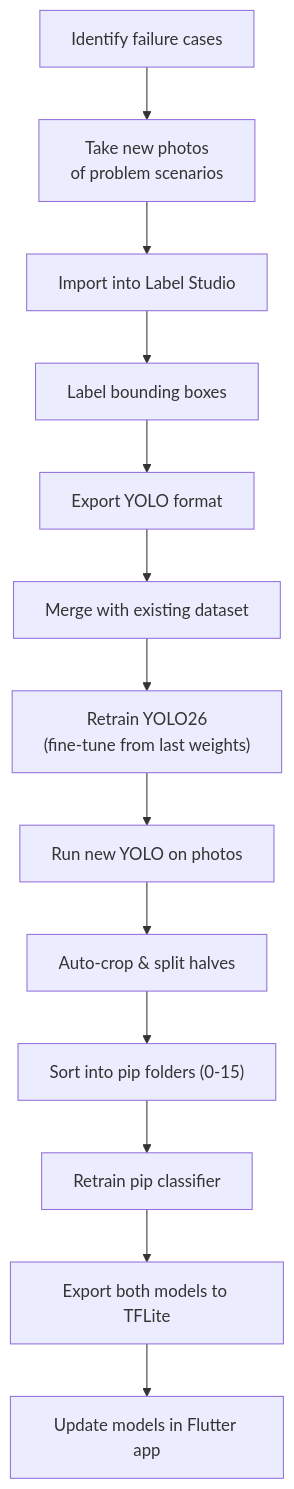
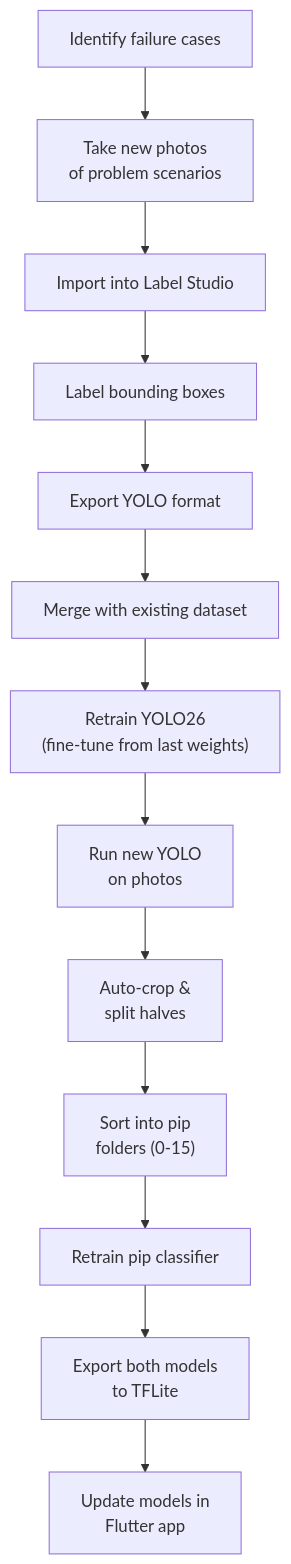
One commit to chrisstayte/DominoesCalculator changed the fourth of 4 diagrams in machine_learning/docs/ml-pipeline.md. Above: the diagram before and after it, drawn with Mermaid. The commit also changed other lines of this file, not shown here.

First line of the commit message:
Format Mermaid diagrams with HTML line breaks

````diff
--- a/machine_learning/docs/ml-pipeline.md
+++ b/machine_learning/docs/ml-pipeline.md
@@ -403,15 +403,15 @@
 ```mermaid
 flowchart TD
-    A["Identify failure cases"] --> B["Take new photos\nof problem scenarios"]
+    A["Identify failure cases"] --> B["Take new photos<br/>of problem scenarios"]
     B --> C["Import into Label Studio"]
     C --> D["Label bounding boxes"]
     D --> E["Export YOLO format"]
     E --> F["Merge with existing dataset"]
-    F --> G["Retrain YOLO26\n(fine-tune from last weights)"]
-    G --> H["Run new YOLO on photos"]
-    H --> I["Auto-crop & split halves"]
-    I --> J["Sort into pip folders (0-15)"]
+    F --> G["Retrain YOLO26<br/>(fine-tune from last weights)"]
+    G --> H["Run new YOLO<br/>on photos"]
+    H --> I["Auto-crop &<br/>split halves"]
+    I --> J["Sort into pip<br/>folders (0-15)"]
     J --> K["Retrain pip classifier"]
-    K --> L["Export both models to TFLite"]
-    L --> M["Update models in Flutter app"]
+    K --> L["Export both models<br/>to TFLite"]
+    L --> M["Update models in<br/>Flutter app"]
 ```
````
